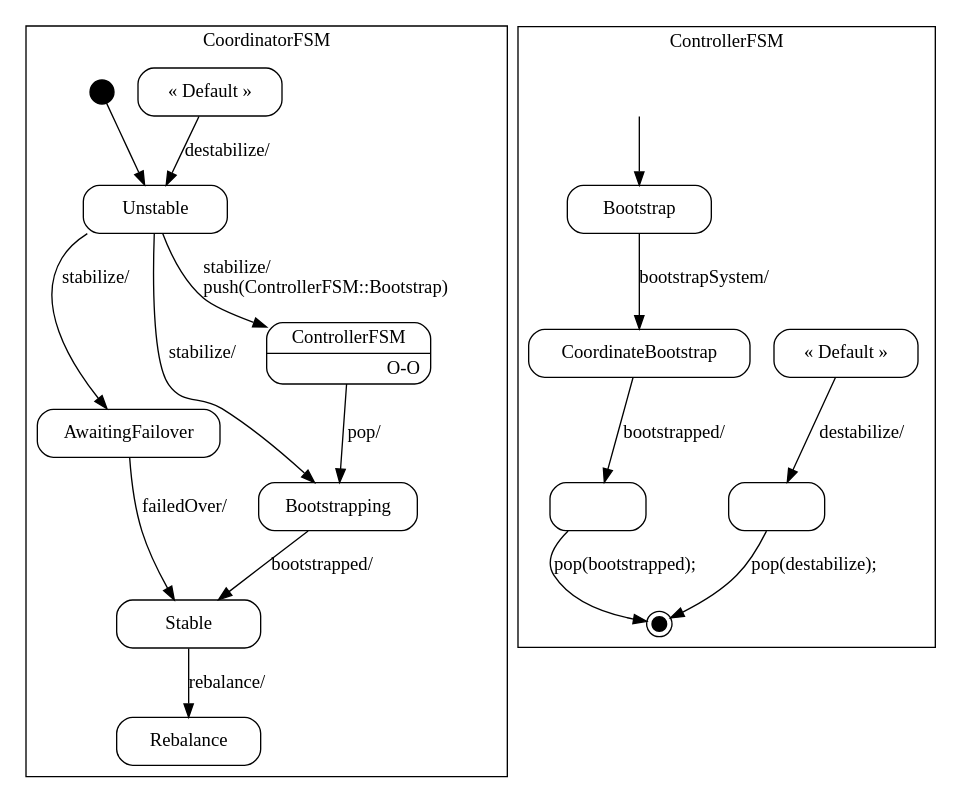
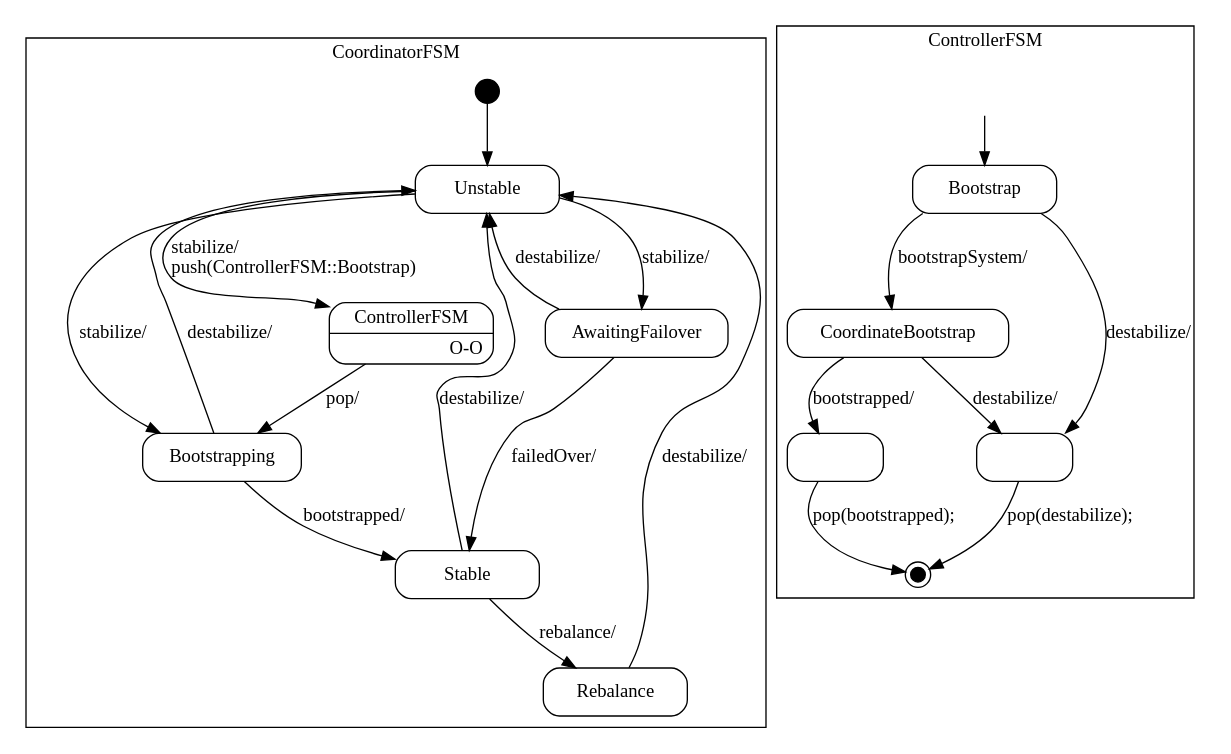
One commit to vmehra-sfdc/Ouroboros changed the diagram in producer/doc/Coordinator_sm.dot. Above: the diagram before and after it, drawn with Graphviz. The commit also changed 37 other files, not shown here.

```diff
--- a/producer/doc/Coordinator_sm.dot
+++ b/producer/doc/Coordinator_sm.dot
@@ -1,121 +1,127 @@
-digraph Coordinator_sm {
+digraph Coordinator {
 
     node
         [shape=Mrecord width=1.5];
 
     subgraph cluster_CoordinatorFSM {
 
         label="CoordinatorFSM";
 
         //
         // States (Nodes)
         //
 
         "CoordinatorFSM::Unstable"
             [label="{Unstable}"];
 
         "CoordinatorFSM::AwaitingFailover"
             [label="{AwaitingFailover}"];
 
         "CoordinatorFSM::Stable"
             [label="{Stable}"];
 
         "CoordinatorFSM::Bootstrapping"
             [label="{Bootstrapping}"];
 
         "CoordinatorFSM::Rebalance"
             [label="{Rebalance}"];
 
-        "CoordinatorFSM::DefaultState"
-            [label="{&laquo; Default &raquo;}"];
-
         "CoordinatorFSM::Bootstrapping::ControllerFSM"
             [label="{ControllerFSM|O-O\r}"]
 
         "%start"
             [label="" shape=circle style=filled fillcolor=black width=0.25];
 
         //
         // Transitions (Edges)
         //
 
         "CoordinatorFSM::Unstable" -> "CoordinatorFSM::AwaitingFailover"
             [label="stabilize/\l"];
 
         "CoordinatorFSM::Unstable" -> "CoordinatorFSM::Bootstrapping::ControllerFSM"
             [label="stabilize/\lpush(ControllerFSM::Bootstrap)\l"];
 
         "CoordinatorFSM::Unstable" -> "CoordinatorFSM::Bootstrapping"
             [label="stabilize/\l"];
 
         "CoordinatorFSM::AwaitingFailover" -> "CoordinatorFSM::Stable"
             [label="failedOver/\l"];
 
+        "CoordinatorFSM::AwaitingFailover" -> "CoordinatorFSM::Unstable"
+            [label="destabilize/\l"];
+
         "CoordinatorFSM::Stable" -> "CoordinatorFSM::Rebalance"
             [label="rebalance/\l"];
+
+        "CoordinatorFSM::Stable" -> "CoordinatorFSM::Unstable"
+            [label="destabilize/\l"];
 
         "CoordinatorFSM::Bootstrapping" -> "CoordinatorFSM::Stable"
             [label="bootstrapped/\l"];
 
-        "CoordinatorFSM::DefaultState" -> "CoordinatorFSM::Unstable"
+        "CoordinatorFSM::Bootstrapping" -> "CoordinatorFSM::Unstable"
+            [label="destabilize/\l"];
+
+        "CoordinatorFSM::Rebalance" -> "CoordinatorFSM::Unstable"
             [label="destabilize/\l"];
 
         "CoordinatorFSM::Bootstrapping::ControllerFSM" -> "CoordinatorFSM::Bootstrapping"
             [label="pop/"]
 
         "%start" -> "CoordinatorFSM::Unstable"
     }
 
     subgraph cluster_ControllerFSM {
 
         label="ControllerFSM";
 
         //
         // States (Nodes)
         //
 
         "ControllerFSM::Bootstrap"
             [label="{Bootstrap}"];
 
         "ControllerFSM::CoordinateBootstrap"
             [label="{CoordinateBootstrap}"];
 
-        "ControllerFSM::DefaultState"
-            [label="{&laquo; Default &raquo;}"];
-
         "ControllerFSM::pop(destabilize)"
             [label="" width=1]
 
         "ControllerFSM::pop(bootstrapped)"
             [label="" width=1]
 
         "ControllerFSM::%end"
             [label="" shape=doublecircle style=filled fillcolor=black width=0.15];
 
         "push(ControllerFSM::Bootstrap)"
             [label="" shape=plaintext];
 
         //
         // Transitions (Edges)
         //
 
         "ControllerFSM::Bootstrap" -> "ControllerFSM::CoordinateBootstrap"
             [label="bootstrapSystem/\l"];
 
+        "ControllerFSM::Bootstrap" -> "ControllerFSM::pop(destabilize)"
+            [label="destabilize/\l"];
+
         "ControllerFSM::CoordinateBootstrap" -> "ControllerFSM::pop(bootstrapped)"
             [label="bootstrapped/\l"];
 
-        "ControllerFSM::DefaultState" -> "ControllerFSM::pop(destabilize)"
+        "ControllerFSM::CoordinateBootstrap" -> "ControllerFSM::pop(destabilize)"
             [label="destabilize/\l"];
 
         "ControllerFSM::pop(destabilize)" -> "ControllerFSM::%end"
             [label="pop(destabilize);\l"];
 
         "ControllerFSM::pop(bootstrapped)" -> "ControllerFSM::%end"
             [label="pop(bootstrapped);\l"];
 
         "push(ControllerFSM::Bootstrap)" -> "ControllerFSM::Bootstrap"
             [arrowtail=odot];
     }
 
 }
```
